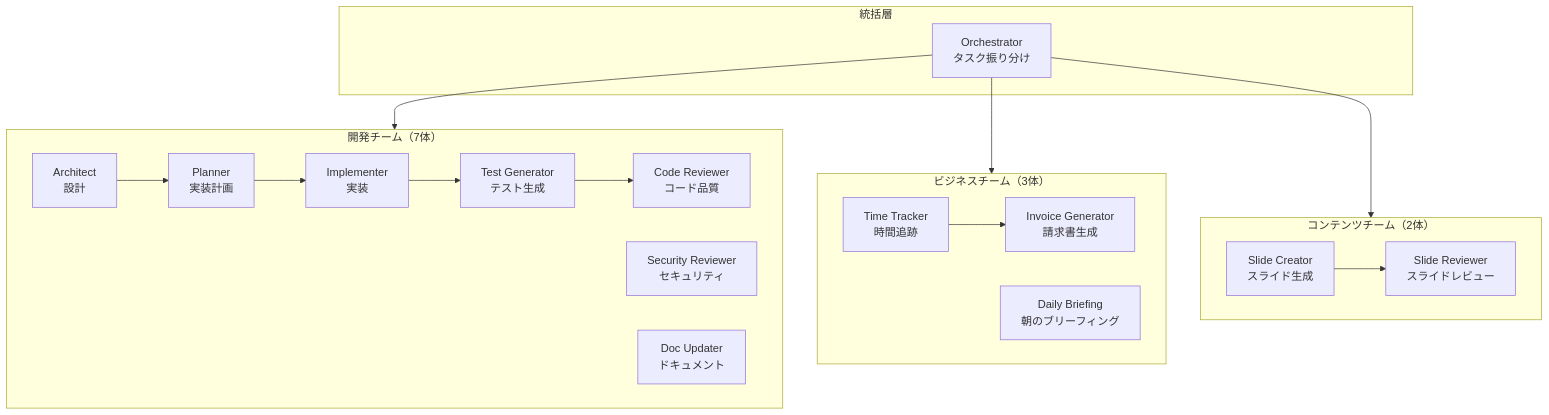
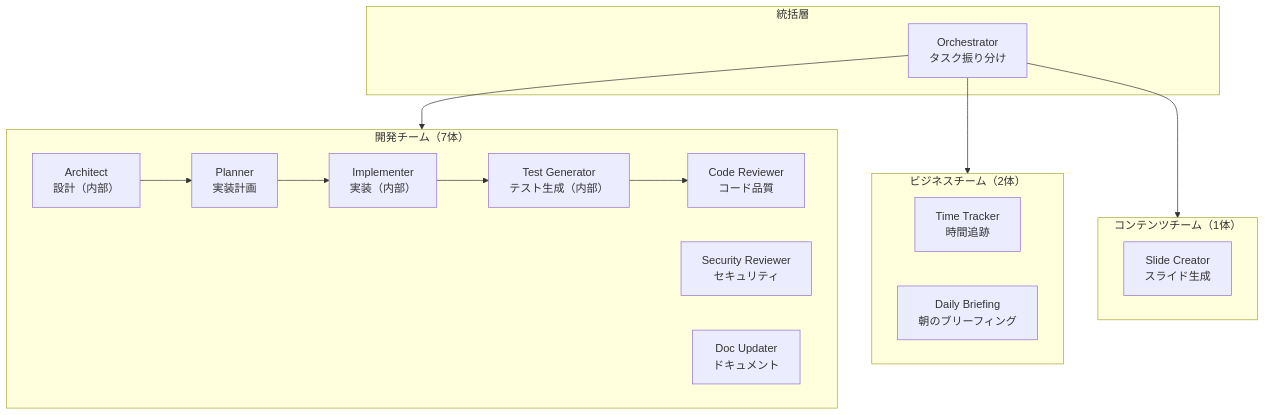
Before and after one commit to mugu1108/mugu-orchestration: the diagram in docs/agent-organization.md, drawn with Mermaid. The commit also changed other lines of this file and 8 other files, not shown here.

````diff
--- a/docs/agent-organization.md
+++ b/docs/agent-organization.md
@@ -13,39 +13,34 @@
 ```mermaid
 flowchart TB
     subgraph Orchestration["統括層"]
         orchestrator["Orchestrator<br/>タスク振り分け"]
     end
 
     subgraph Development["開発チーム（7体）"]
-        architect["Architect<br/>設計"]
+        architect["Architect<br/>設計（内部）"]
         planner["Planner<br/>実装計画"]
-        implementer["Implementer<br/>実装"]
-        test-gen["Test Generator<br/>テスト生成"]
+        implementer["Implementer<br/>実装（内部）"]
+        test-gen["Test Generator<br/>テスト生成（内部）"]
         code-reviewer["Code Reviewer<br/>コード品質"]
         security-reviewer["Security Reviewer<br/>セキュリティ"]
         doc-updater["Doc Updater<br/>ドキュメント"]
     end
 
-    subgraph Business["ビジネスチーム（3体）"]
+    subgraph Business["ビジネスチーム（2体）"]
         time-tracker["Time Tracker<br/>時間追跡"]
-        invoice-generator["Invoice Generator<br/>請求書生成"]
         daily-briefing["Daily Briefing<br/>朝のブリーフィング"]
     end
 
-    subgraph Content["コンテンツチーム（2体）"]
+    subgraph Content["コンテンツチーム（1体）"]
         slide-creator["Slide Creator<br/>スライド生成"]
-        slide-reviewer["Slide Reviewer<br/>スライドレビュー"]
     end
 
     orchestrator --> Development
     orchestrator --> Business
     orchestrator --> Content
 
     architect --> planner
     planner --> implementer
     implementer --> test-gen
     test-gen --> code-reviewer
-
-    time-tracker --> invoice-generator
-    slide-creator --> slide-reviewer
 ```
````
